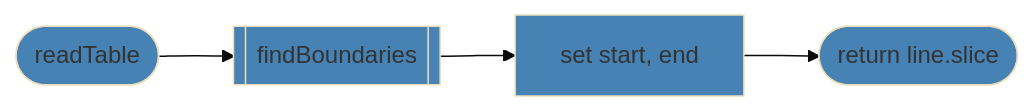
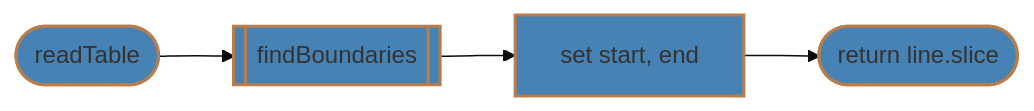
The sixth of 20 diagrams in scripts/table/design.md (7s4e/p3), drawn with Mermaid (base theme) before and after one commit. The commit also changed other lines of this file, not shown here.

````diff
--- a/scripts/table/design.md
+++ b/scripts/table/design.md
@@ -201,11 +201,11 @@
 ```mermaid
 flowchart LR
-    classDef fill fill:#4682b4
-    STR([readTable]):::fill
+    classDef shape fill:#4682b4,stroke:#b97d4b,stroke-width:2px
+    STR([readTable]):::shape
         STR --> FBD
-    FBD[[findBoundaries]]:::fill
+    FBD[[findBoundaries]]:::shape
         FBD --> SET
-    SET[set start, end]:::fill
+    SET[set start, end]:::shape
         SET --> END
-    END([return line.slice]):::fill
+    END([return line.slice]):::shape
 ```
````
